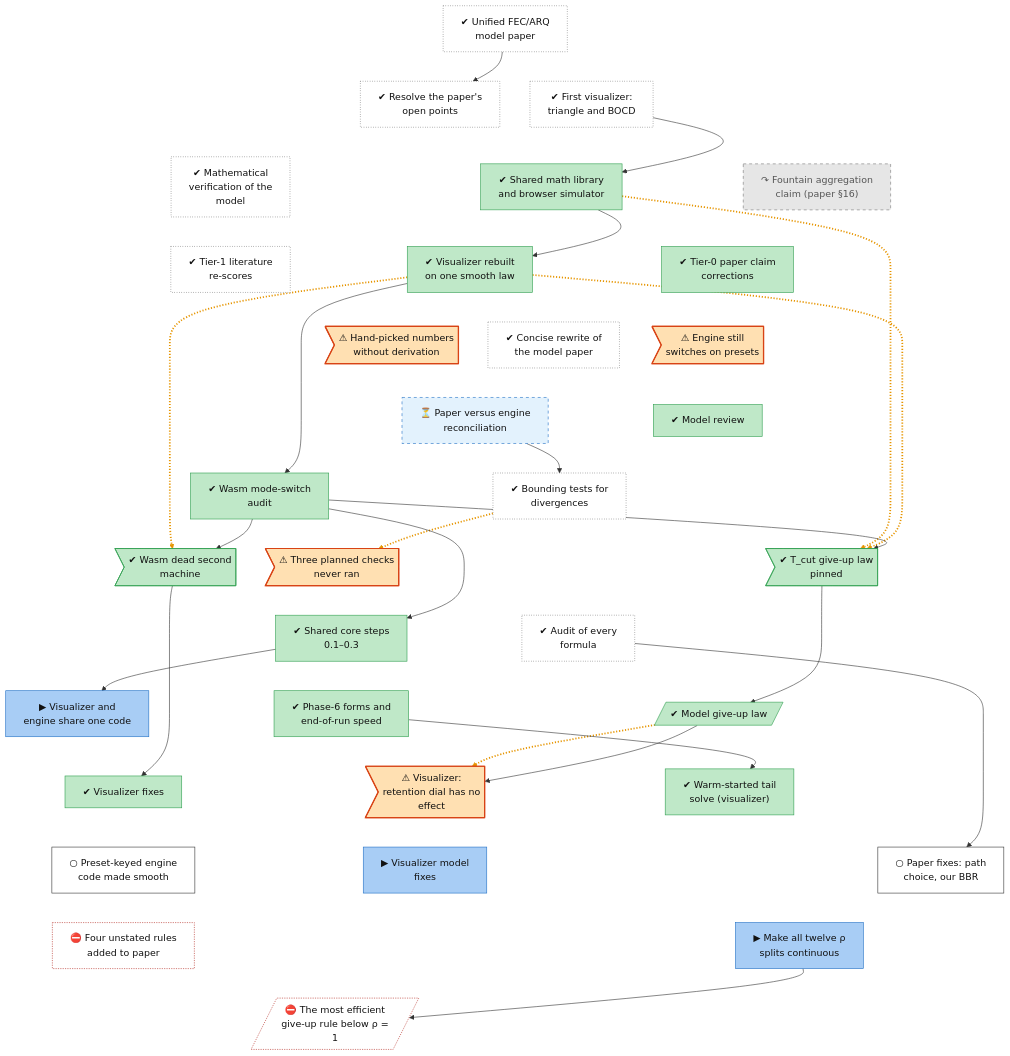
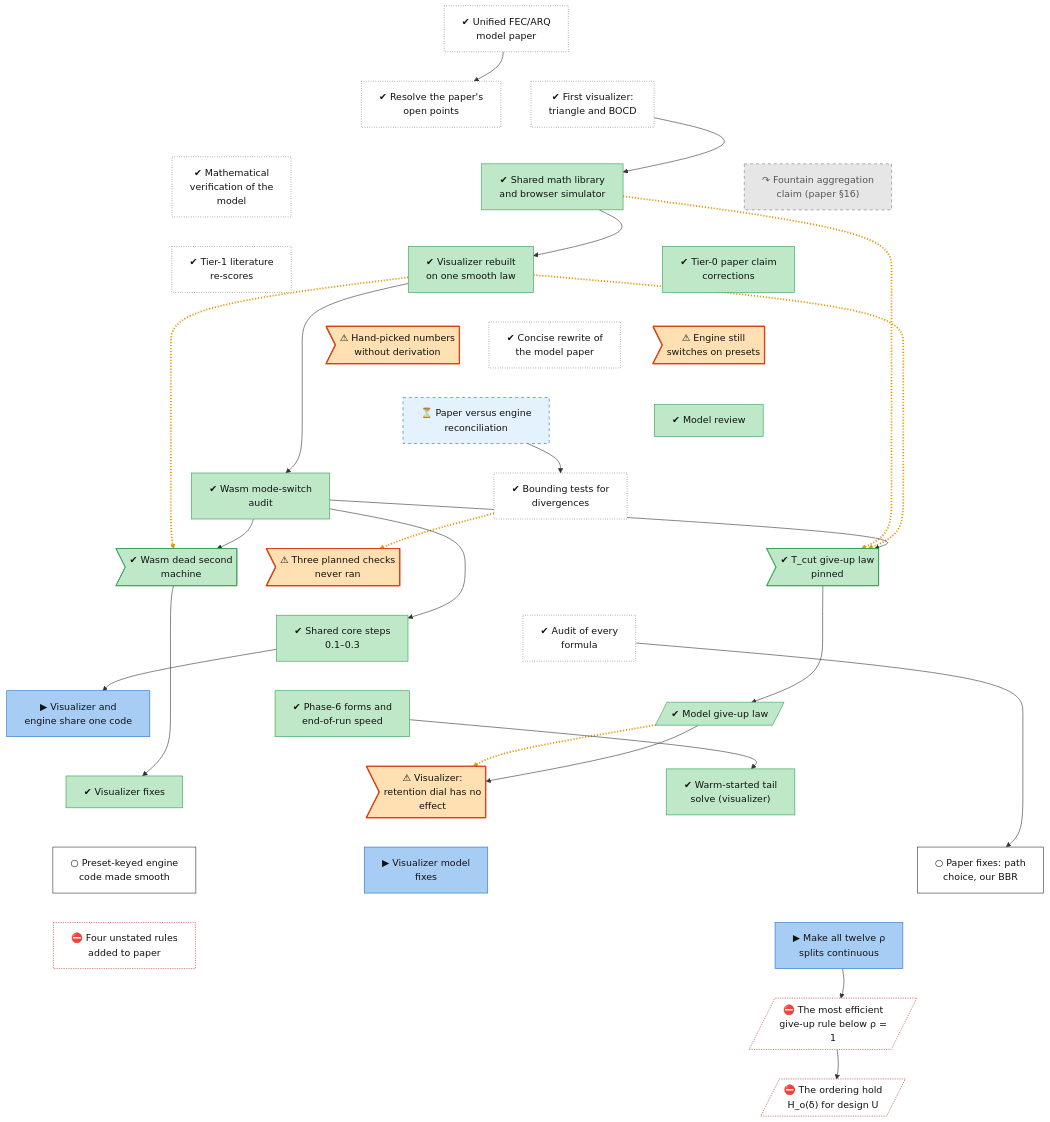
Before and after one commit to lhns/raptorpath: the diagram in docs/roadmap/tracks/model.md, drawn with Mermaid. The commit also changed other lines of this file and 5 other files, not shown here.

Commit message:
ordering-hold: derivation of U's release law H_o(delta) - rent-or-buy against a new disorder price omega (owner's call), continuous in delta, no rho, no hint; hazard rule refuted; H as a path support bound; gauges and receiver state; roadmap node model-ordering-hold

````diff
--- a/docs/roadmap/tracks/model.md
+++ b/docs/roadmap/tracks/model.md
@@ -42,6 +42,7 @@
     model_fix_paper_p3["⛔ Four unstated rules<br/>added to paper"]
     model_rho_step_sites["▶ Make all twelve ρ<br/>splits continuous"]
     model_skip_rule_efficiency[/"⛔ The most efficient<br/>give-up rule below ρ =<br/>1"/]
+    model_ordering_hold[/"⛔ The ordering hold<br/>H_o(δ) for design U"/]
     model_paper_v1 ~~~ model_open_points
     model_paper_v1 ~~~ model_visualizer_v1
     model_open_points ~~~ model_wasm_l0
@@ -78,6 +79,7 @@
     model_fix_paper_p2 ~~~ model_rho_step_sites
     model_fix_paper_p3 ~~~ model_skip_rule_efficiency
     model_rho_step_sites ~~~ model_skip_rule_efficiency
+    model_skip_rule_efficiency ~~~ model_ordering_hold
     model_paper_v1 --> model_open_points
     model_visualizer_v1 --> model_wasm_l0
     model_wasm_l0 -.-> model_defect_tcut
@@ -98,7 +100,8 @@
     model_endspeed --> model_warm_start
     model_law_ledger --> model_fix_paper_p2
     model_rho_step_sites --> model_skip_rule_efficiency
-    linkStyle 38,40,41,43,50 stroke:#e69500,stroke-width:3px,stroke-dasharray:2 3
+    model_skip_rule_efficiency --> model_ordering_hold
+    linkStyle 39,41,42,44,51 stroke:#e69500,stroke-width:3px,stroke-dasharray:2 3
     classDef vsucc fill:#2e9e4f,stroke:#1b6b34,color:#fff
     classDef succ fill:#bfe8c8,stroke:#2e9e4f,color:#111
     classDef mixed fill:#ffd37a,stroke:#c98a00,color:#111
@@ -120,5 +123,5 @@
     class model_paper_recon waiting
     class model_shared_core,model_wasm_fixes,model_rho_step_sites inprog
     class model_fix_hint_keyed_paths,model_fix_paper_p2 next
-    class model_fix_paper_p3,model_skip_rule_efficiency blocked
+    class model_fix_paper_p3,model_skip_rule_efficiency,model_ordering_hold blocked
 ```
````
